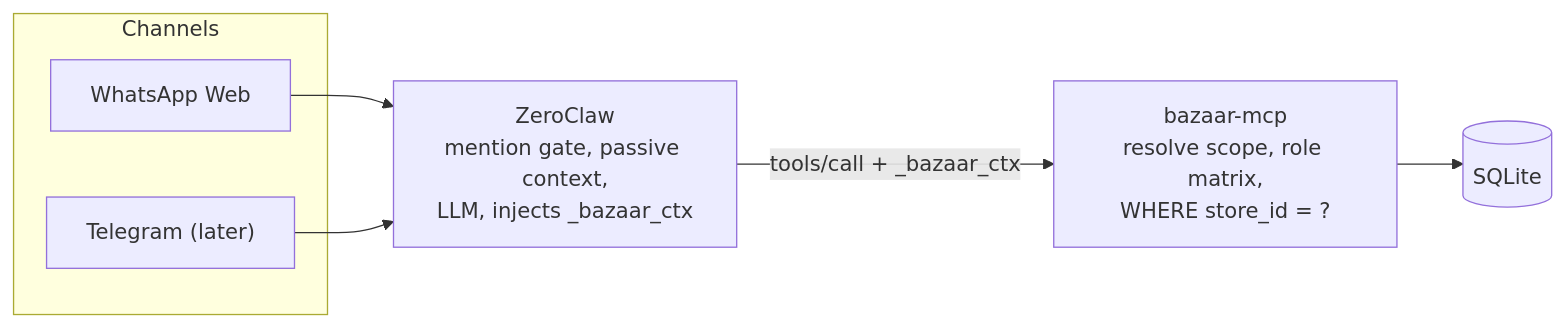
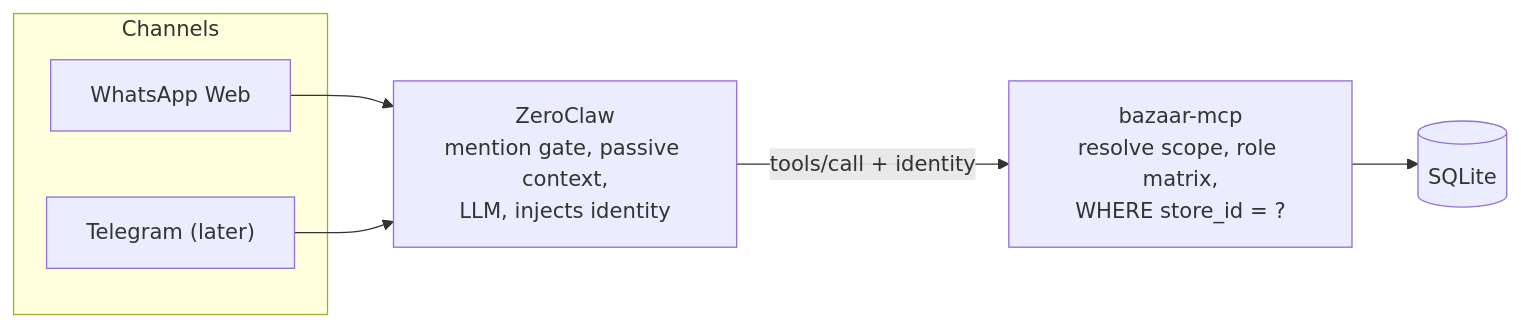
One commit to danielistyo/mini-bazaar changed the first of 3 diagrams in docs/adr/0001-authorization-at-the-channel-hop.md. Above: the diagram before and after it, drawn with Mermaid. The commit also changed other lines of this file and 10 other files, not shown here.

First line of the commit message:
feat(mcp): resolve the store from injected context and gate tools by role

````diff
--- a/docs/adr/0001-authorization-at-the-channel-hop.md
+++ b/docs/adr/0001-authorization-at-the-channel-hop.md
@@ -55,15 +55,15 @@
 ```mermaid
 flowchart LR
     subgraph ch["Channels"]
         WA["WhatsApp Web"]
         TG["Telegram (later)"]
     end
-    ZC["ZeroClaw<br/>mention gate, passive context,<br/>LLM, injects _bazaar_ctx"]
+    ZC["ZeroClaw<br/>mention gate, passive context,<br/>LLM, injects identity"]
     BE["bazaar-mcp<br/>resolve scope, role matrix,<br/>WHERE store_id = ?"]
     DB[("SQLite")]
 
     WA --> ZC
     TG --> ZC
-    ZC -->|"tools/call + _bazaar_ctx"| BE
+    ZC -->|"tools/call + identity"| BE
     BE --> DB
 ```
````
